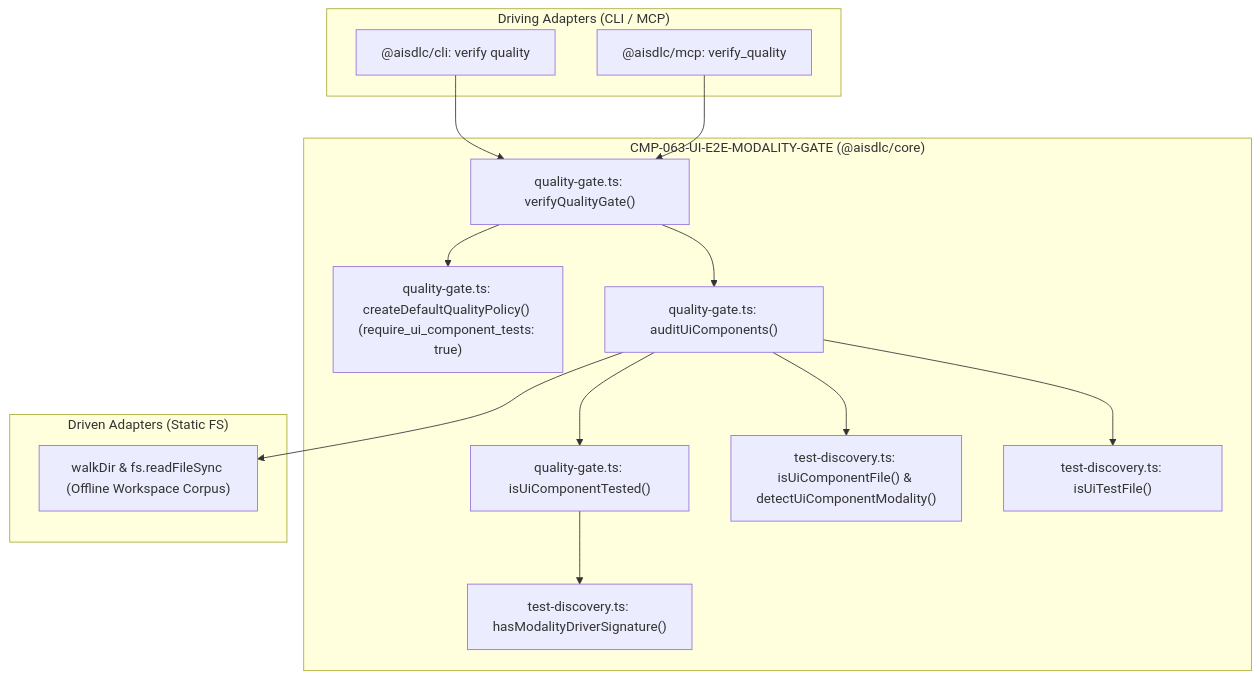
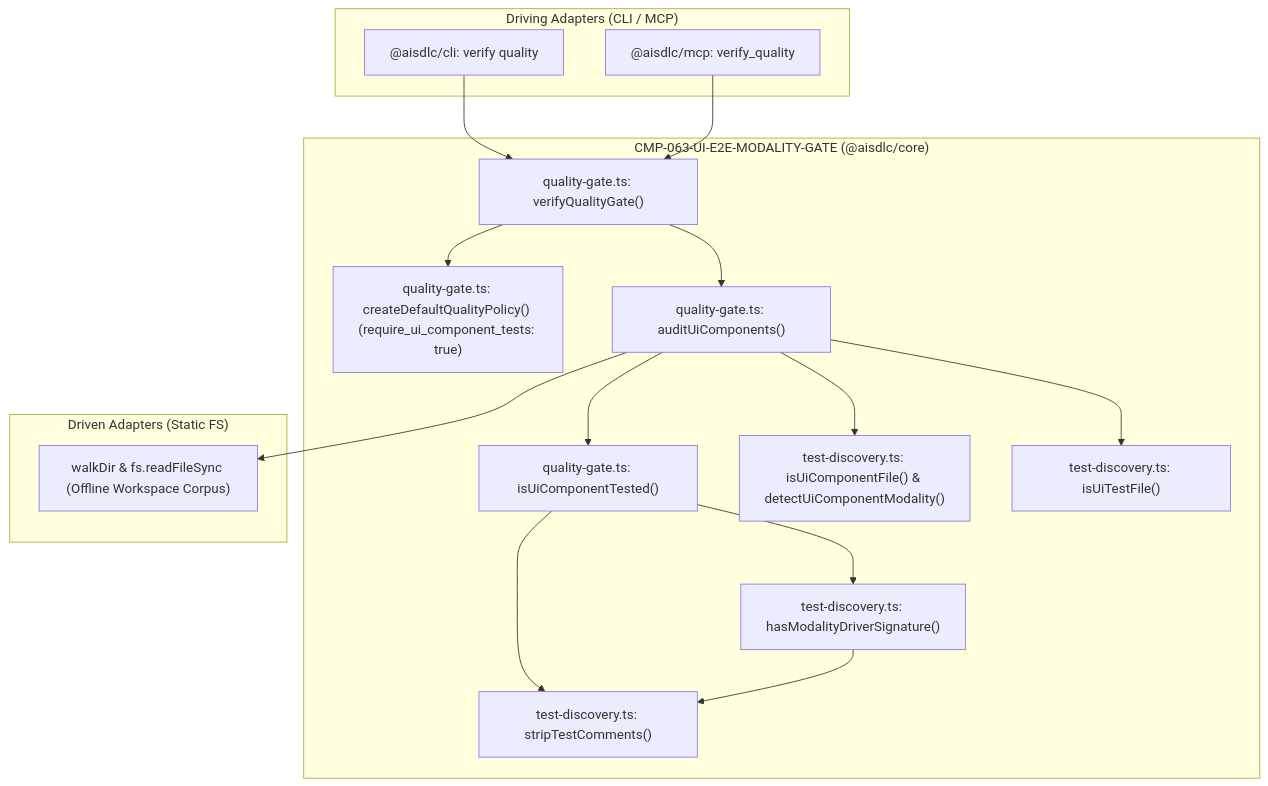
One commit to altromon/AI-SDLC changed the first of 2 diagrams in specs/architecture/CMP-063-UI-E2E-MODALITY-GATE.md. Above: the diagram before and after it, drawn with Mermaid. The commit also changed other lines of this file and 7 other files, not shown here.

````diff
--- a/specs/architecture/CMP-063-UI-E2E-MODALITY-GATE.md
+++ b/specs/architecture/CMP-063-UI-E2E-MODALITY-GATE.md
@@ -51,31 +52,34 @@
 ```mermaid
 flowchart TD
     subgraph Driving_Adapters["Driving Adapters (CLI / MCP)"]
         CLI["@aisdlc/cli: verify quality"]
         MCP["@aisdlc/mcp: verify_quality"]
     end
 
     subgraph Core_Domain["CMP-063-UI-E2E-MODALITY-GATE (@aisdlc/core)"]
         VQG["quality-gate.ts: verifyQualityGate()"]
         CDQP["quality-gate.ts: createDefaultQualityPolicy() (require_ui_component_tests: true)"]
         AUC["quality-gate.ts: auditUiComponents()"]
         IUCT["quality-gate.ts: isUiComponentTested()"]
         IUCF["test-discovery.ts: isUiComponentFile() & detectUiComponentModality()"]
         IUTF["test-discovery.ts: isUiTestFile()"]
+        STC["test-discovery.ts: stripTestComments()"]
         HMDS["test-discovery.ts: hasModalityDriverSignature()"]
     end
 
     subgraph Driven_Adapters["Driven Adapters (Static FS)"]
         FS["walkDir & fs.readFileSync (Offline Workspace Corpus)"]
     end
 
     CLI --> VQG
     MCP --> VQG
     VQG --> CDQP
     VQG --> AUC
     AUC --> FS
     AUC --> IUCF
     AUC --> IUTF
     AUC --> IUCT
+    IUCT --> STC
     IUCT --> HMDS
+    HMDS --> STC
 ```
````
